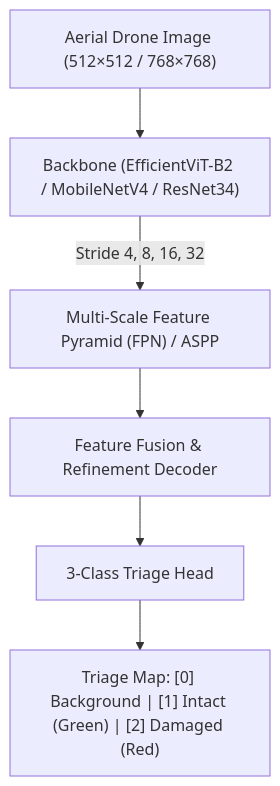
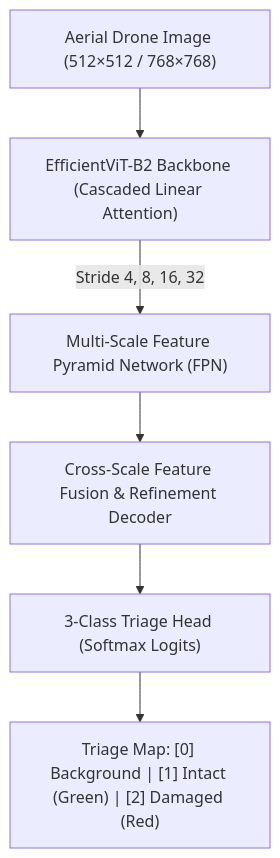
Before and after one commit to AhmadHasssan9181/QuakeSentinel: the diagram in README.md, drawn with Mermaid. The commit also changed other lines of this file and 5 other files, not shown here.

````diff
--- a/README.md
+++ b/README.md
@@ -62,8 +60,8 @@
 ```mermaid
 graph TD
-    Input["Aerial Drone Image (512×512 / 768×768)"] --> Backbone["Backbone (EfficientViT-B2 / MobileNetV4 / ResNet34)"]
-    Backbone --> |Stride 4, 8, 16, 32| FPN["Multi-Scale Feature Pyramid (FPN) / ASPP"]
-    FPN --> Decoder["Feature Fusion & Refinement Decoder"]
-    Decoder --> Head["3-Class Triage Head"]
+    Input["Aerial Drone Image (512×512 / 768×768)"] --> Backbone["EfficientViT-B2 Backbone (Cascaded Linear Attention)"]
+    Backbone --> |Stride 4, 8, 16, 32| FPN["Multi-Scale Feature Pyramid Network (FPN)"]
+    FPN --> Fusion["Cross-Scale Feature Fusion & Refinement Decoder"]
+    Fusion --> Head["3-Class Triage Head (Softmax Logits)"]
     Head --> Output["Triage Map: [0] Background | [1] Intact (Green) | [2] Damaged (Red)"]
 ```
````
